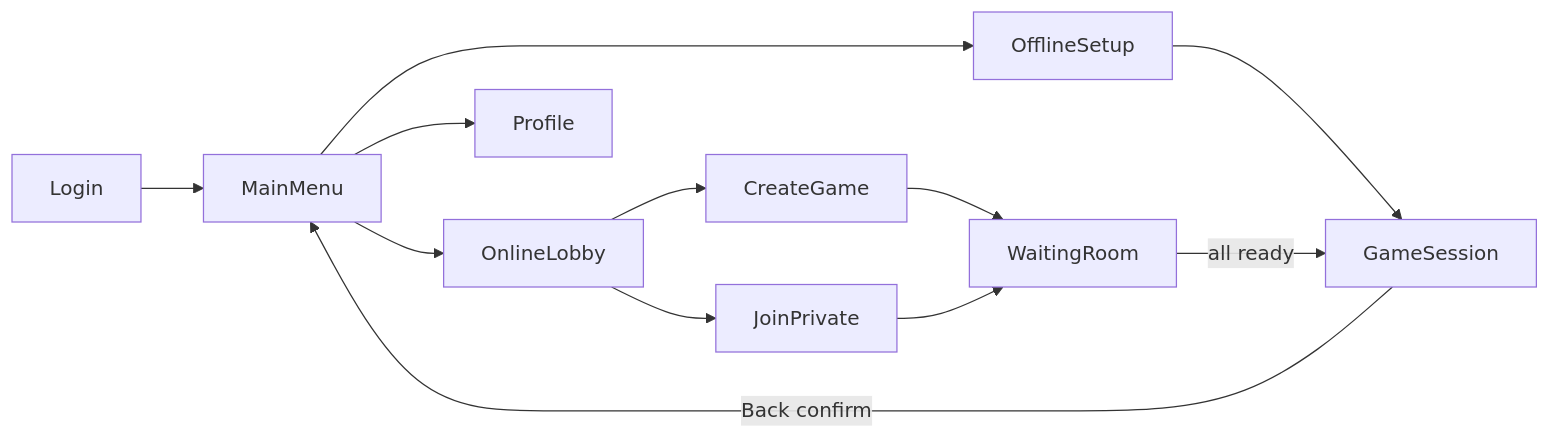
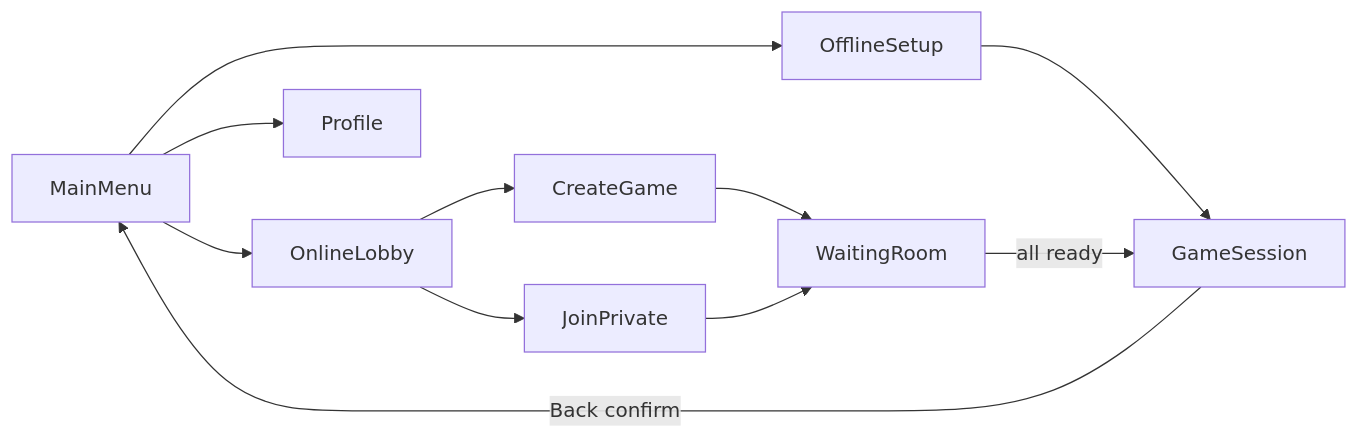
The first of 13 diagrams in docs/architecture/navigation-and-screens.md (ivanbogomoloff/fool-card-game), drawn with Mermaid before and after one commit. The commit also changed other lines of this file and 9 other files, not shown here.

````diff
--- a/docs/architecture/navigation-and-screens.md
+++ b/docs/architecture/navigation-and-screens.md
@@ -7,14 +9,13 @@
 ```mermaid
 flowchart LR
-    Login --> MainMenu
     MainMenu --> OfflineSetup
     MainMenu --> OnlineLobby
     MainMenu --> Profile
     OfflineSetup --> GameSession
     OnlineLobby --> CreateGame
     OnlineLobby --> JoinPrivate
     CreateGame --> WaitingRoom
     JoinPrivate --> WaitingRoom
     WaitingRoom -->|all ready| GameSession
     GameSession -->|Back confirm| MainMenu
 ```
````
